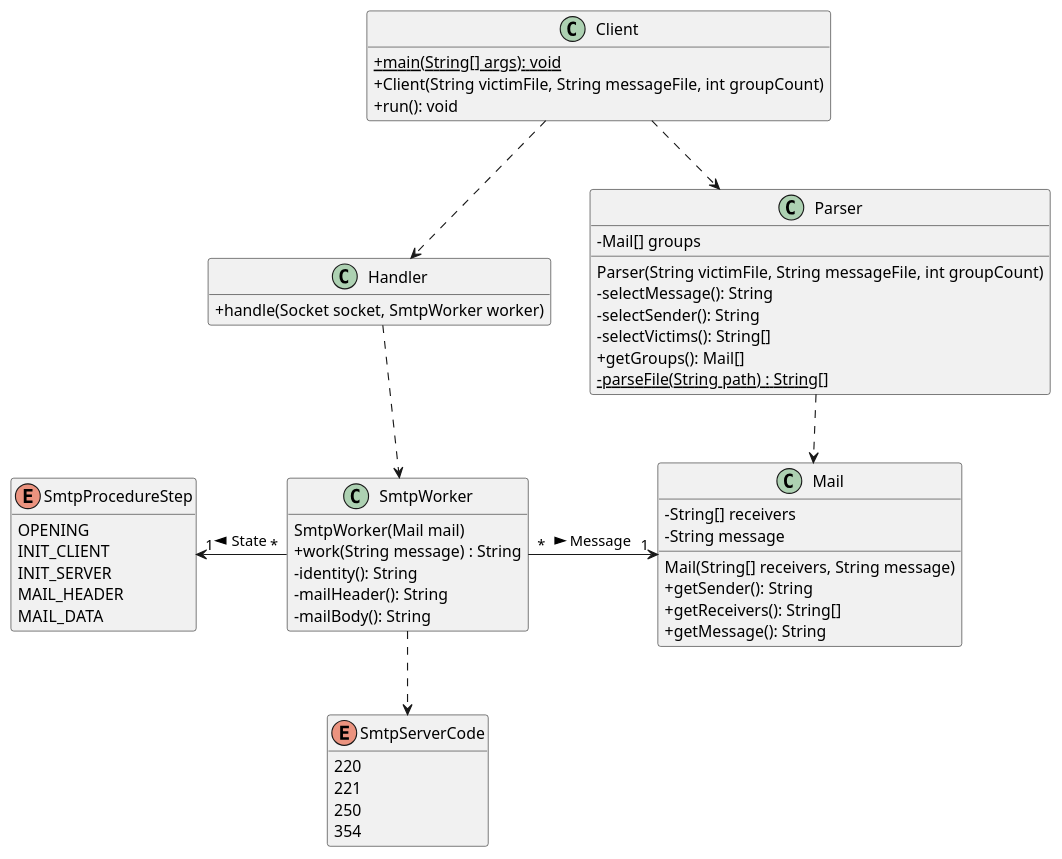
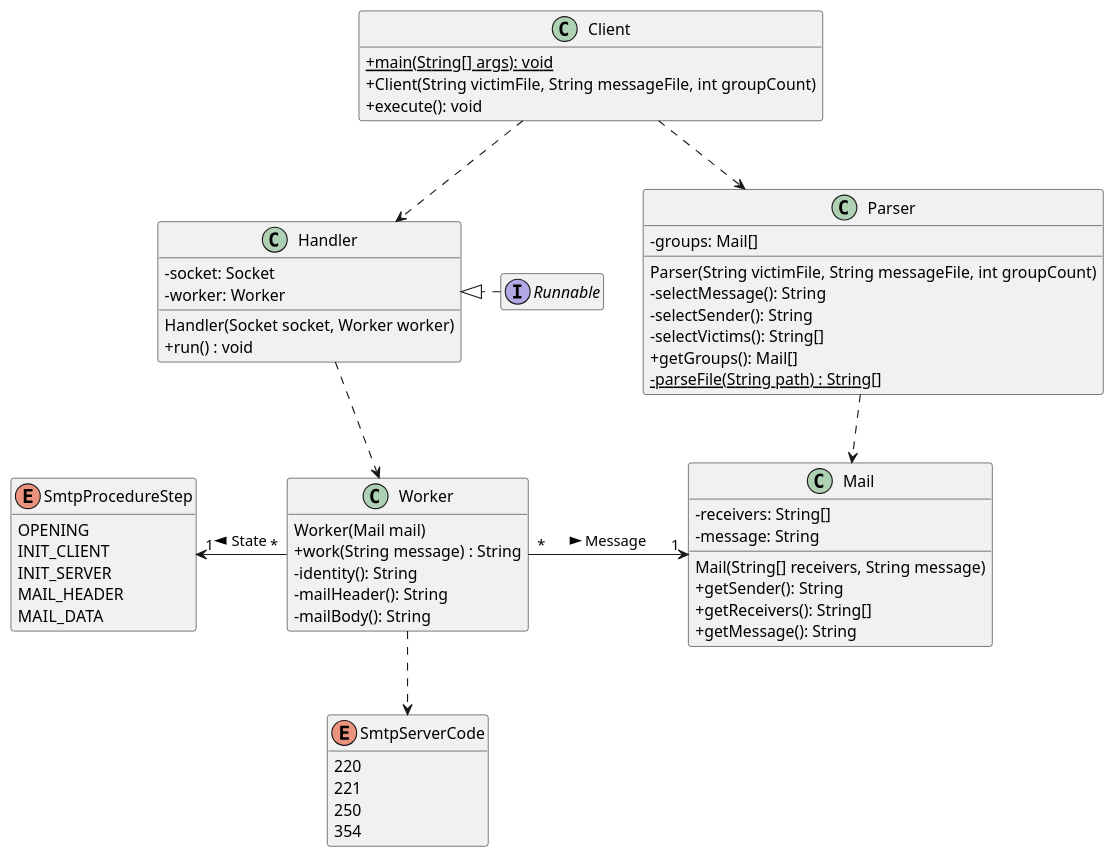
Before and after one commit to a-mango/dai-lab-smtp: the diagram in doc/class_diagram.puml, drawn with PlantUML. The commit also changed 1 other file, not shown here.

Commit message:
fix: have handler implement runnable and fix badly formatted attributes

```diff
--- a/doc/class_diagram.puml
+++ b/doc/class_diagram.puml
@@ -1,69 +1,73 @@
 @startuml
 'https://plantuml.com/class-diagram
 skinparam classAttributeIconSize 0
 skinparam groupInheritance 3
 hide empty methods
 hide empty members
 
 class Client {
     {static} + main(String[] args): void
     + Client(String victimFile, String messageFile, int groupCount)
-    + run(): void
+    + execute(): void
 }
 
 class Handler {
-    + handle(Socket socket, SmtpWorker worker)
+    - socket: Socket
+    - worker: Worker
+    Handler(Socket socket, Worker worker)
+    + run() : void
 }
 
-class SmtpWorker {
-    SmtpWorker(Mail mail)
+class Worker {
+    Worker(Mail mail)
     + work(String message) : String
     - identity(): String
     - mailHeader(): String
     - mailBody(): String
 }
 
 enum SmtpProcedureStep {
     OPENING
     INIT_CLIENT
     INIT_SERVER
     MAIL_HEADER
     MAIL_DATA
 }
 
 enum SmtpServerCode {
     220
     221
     250
     354
 }
 
 class Parser {
-    - Mail[] groups
+    - groups: Mail[]
     Parser(String victimFile, String messageFile, int groupCount)
     - selectMessage(): String
     - selectSender(): String
     - selectVictims(): String[]
     + getGroups(): Mail[]
     {static} - parseFile(String path) : String[]
 }
 
 class Mail {
-    - String[] receivers
-    - String message
-
+    - receivers: String[]
+    - message: String
     Mail(String[] receivers, String message)
     + getSender(): String
     + getReceivers(): String[]
     + getMessage(): String
 }
 
+interface Runnable
 
 Client ..> Handler
 Client ..> Parser
-Handler .down.> SmtpWorker
+Handler .down.> Worker
+Runnable .right.|> Handler
 Parser ..> Mail
-SmtpWorker "*" -right-> "1" Mail : "Message >"
-SmtpWorker "*" -left-> "1" SmtpProcedureStep : "State >"
-SmtpWorker .down.> SmtpServerCode
+Worker "*" -right-> "1" Mail : "Message >"
+Worker "*" -left-> "1" SmtpProcedureStep : "State >"
+Worker .down.> SmtpServerCode
 @enduml
```
